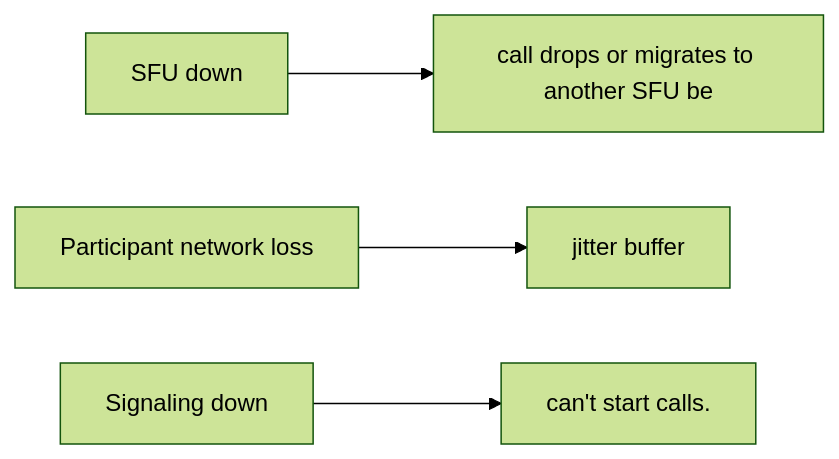
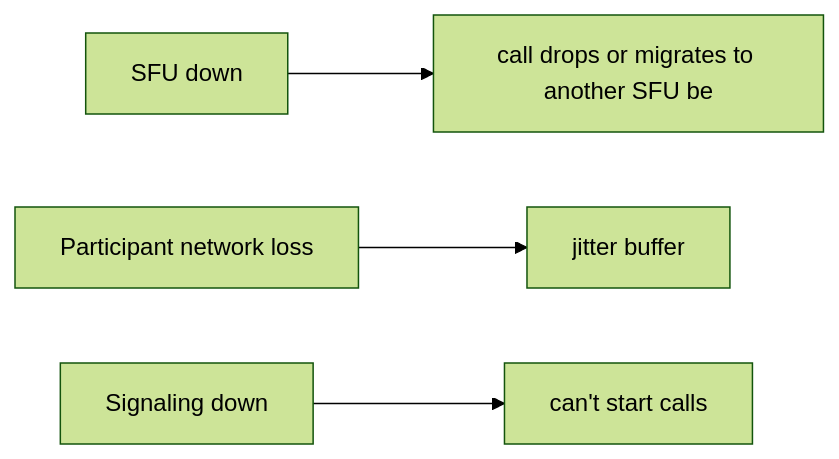
Before and after one commit to RIT-MESH/system-design-mastery: the third of 3 diagrams in case-studies/advanced/video-conferencing.md, drawn with Mermaid (forest theme). The commit also changed other lines of this file and 215 other files, not shown here.

First line of the commit message:
Complete all remaining work: expand case studies, add 13 AI case studies, fix diagrams, status to Complete

````diff
--- a/case-studies/advanced/video-conferencing.md
+++ b/case-studies/advanced/video-conferencing.md
@@ -29,13 +35,13 @@
 ```mermaid
 %% created-for: system-design-mastery
 flowchart LR
   C1["SFU down"]
   R2["call drops or migrates to another SFU be"]
   C1 --> R2
   C3["Participant network loss"]
   R4["jitter buffer"]
   C3 --> R4
   C5["Signaling down"]
-  R6["can't start calls."]
+  R6["can't start calls"]
   C5 --> R6
 ```
````
